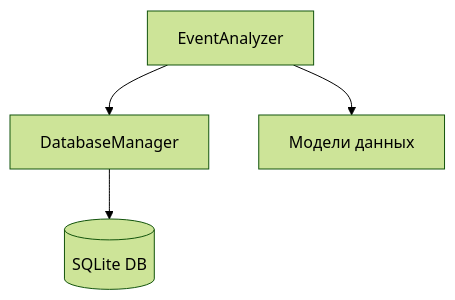
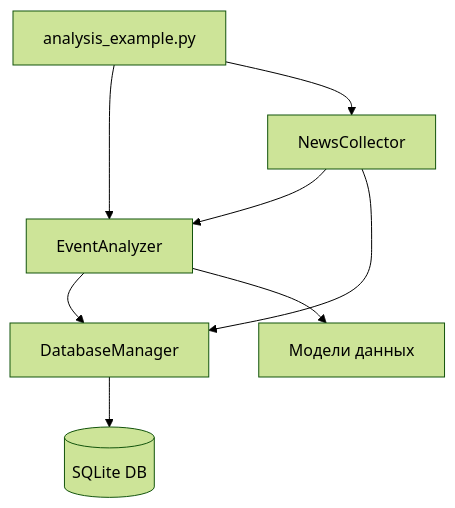
The diagram in architecture.md (ekolvah/Market-Analysis), drawn with Mermaid (forest theme) before and after one commit. The commit also changed other lines of this file and 6 other files, not shown here.

````diff
--- a/architecture.md
+++ b/architecture.md
@@ -28,6 +43,10 @@
 ```mermaid
 graph TD
     A[EventAnalyzer] --> B[DatabaseManager]
     B --> C[(SQLite DB)]
     A --> D[Модели данных]
+    E[NewsCollector] --> A
+    E --> B
+    F[analysis_example.py] --> A
+    F --> E
 ```
````
